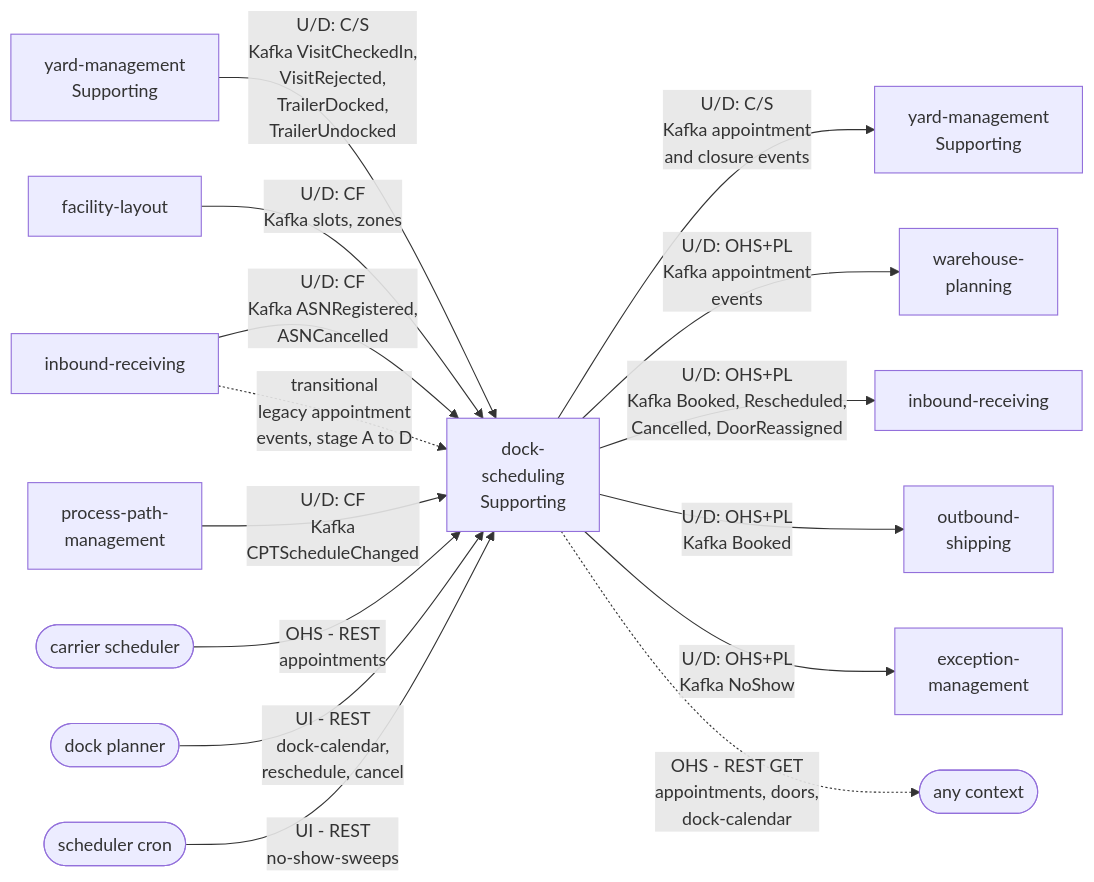
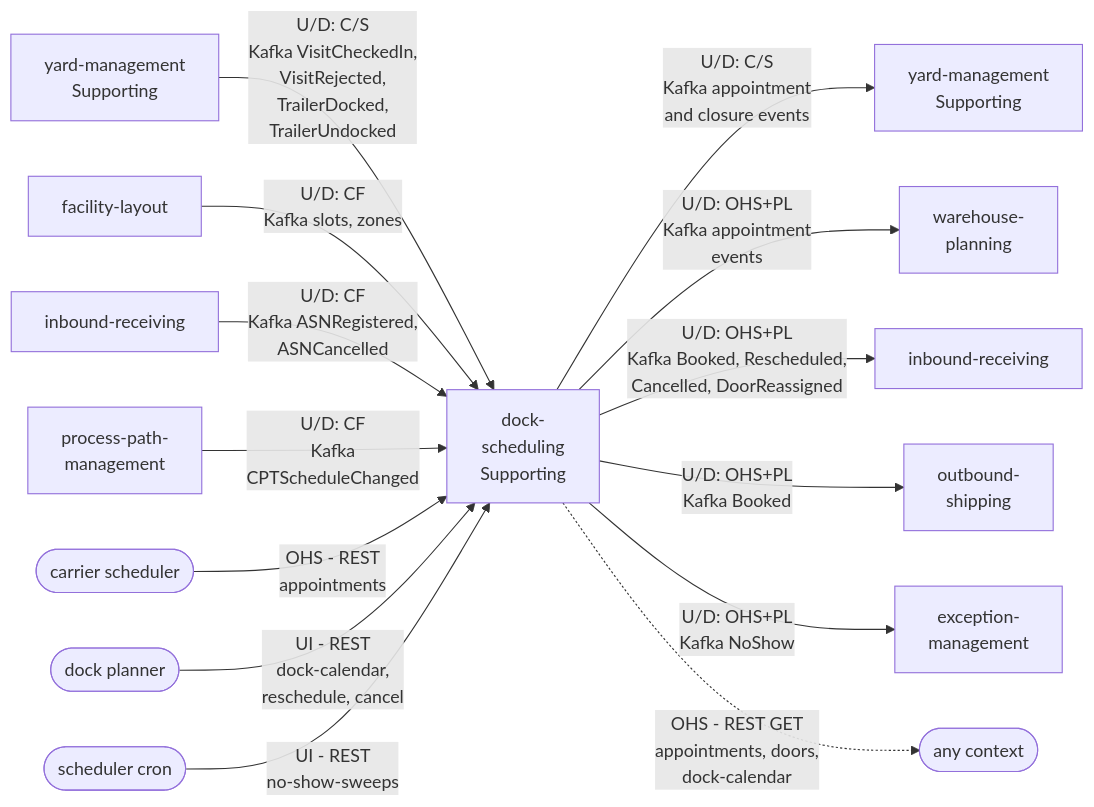
The diagram in yard/docs/contexts/dock-scheduling/context-map.md (IQVO/warehouse-docs), drawn with Mermaid before and after one commit. The commit also changed other lines of this file and 19 other files, not shown here.

````diff
--- a/yard/docs/contexts/dock-scheduling/context-map.md
+++ b/yard/docs/contexts/dock-scheduling/context-map.md
@@ -20,32 +20,31 @@
 ```mermaid
 flowchart LR
     YM1["yard-management<br/>Supporting"]
     FL["facility-layout"]
     IR1["inbound-receiving"]
     PP["process-path-<br/>management"]
     CS(["carrier scheduler"])
     DP(["dock planner"])
     CR(["scheduler cron"])
     DS["dock-<br/>scheduling<br/>Supporting"]
     YM2["yard-management<br/>Supporting"]
     WP["warehouse-<br/>planning"]
     IR2["inbound-receiving"]
     EM["exception-<br/>management"]
     OS["outbound-<br/>shipping"]
     ANY(["any context"])
 
     YM1 -->|"U/D: C/S<br/>Kafka VisitCheckedIn,<br/>VisitRejected,<br/>TrailerDocked,<br/>TrailerUndocked"| DS
     FL -->|"U/D: CF<br/>Kafka slots, zones"| DS
     IR1 -->|"U/D: CF<br/>Kafka ASNRegistered,<br/>ASNCancelled"| DS
-    IR1 -.->|"transitional<br/>legacy appointment<br/>events, stage A to D"| DS
     PP -->|"U/D: CF<br/>Kafka<br/>CPTScheduleChanged"| DS
     CS -->|"OHS - REST<br/>appointments"| DS
     DP -->|"UI - REST<br/>dock-calendar,<br/>reschedule, cancel"| DS
     CR -->|"UI - REST<br/>no-show-sweeps"| DS
     DS -->|"U/D: C/S<br/>Kafka appointment<br/>and closure events"| YM2
     DS -->|"U/D: OHS+PL<br/>Kafka appointment<br/>events"| WP
     DS -->|"U/D: OHS+PL<br/>Kafka Booked, Rescheduled,<br/>Cancelled, DoorReassigned"| IR2
     DS -->|"U/D: OHS+PL<br/>Kafka Booked"| OS
     DS -->|"U/D: OHS+PL<br/>Kafka NoShow"| EM
     DS -.->|"OHS - REST GET<br/>appointments, doors,<br/>dock-calendar"| ANY
 ```
````
